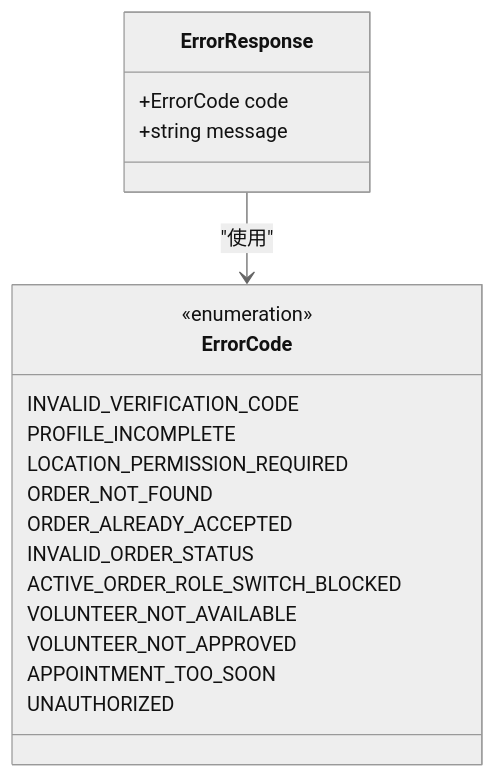
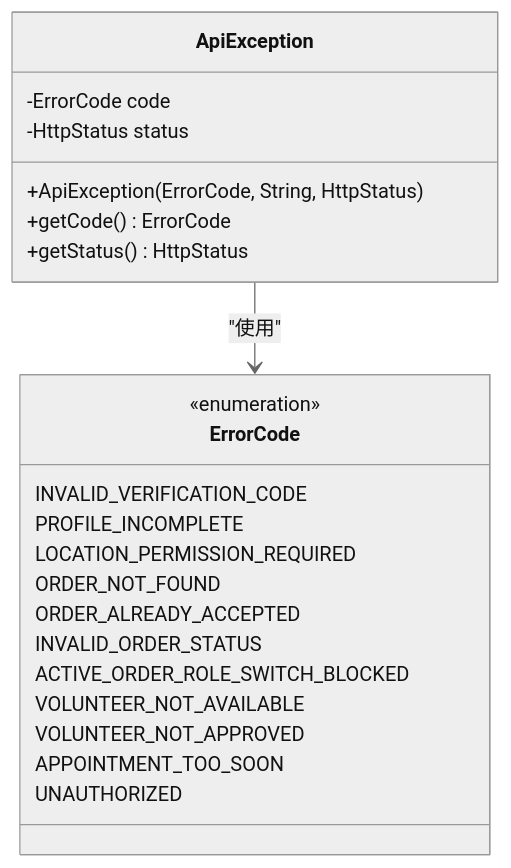
One commit to Jayden23018/blind-run-ios changed the second of 5 diagrams in .qoder/repowiki/zh/content/API 接口文档/错误处理与响应.md. Above: the diagram before and after it, drawn with Mermaid (neutral theme). The commit also changed other lines of this file and 7 other files, not shown here.

````diff
--- a/.qoder/repowiki/zh/content/API 接口文档/错误处理与响应.md
+++ b/.qoder/repowiki/zh/content/API 接口文档/错误处理与响应.md
@@ -81,22 +90,25 @@
 ```mermaid
 classDiagram
+class ApiException {
+-ErrorCode code
+-HttpStatus status
++ApiException(ErrorCode, String, HttpStatus)
++getCode() ErrorCode
++getStatus() HttpStatus
+}
 class ErrorCode {
 <<enumeration>>
 INVALID_VERIFICATION_CODE
 PROFILE_INCOMPLETE
 LOCATION_PERMISSION_REQUIRED
 ORDER_NOT_FOUND
 ORDER_ALREADY_ACCEPTED
 INVALID_ORDER_STATUS
 ACTIVE_ORDER_ROLE_SWITCH_BLOCKED
 VOLUNTEER_NOT_AVAILABLE
 VOLUNTEER_NOT_APPROVED
 APPOINTMENT_TOO_SOON
 UNAUTHORIZED
 }
-class ErrorResponse {
-+ErrorCode code
-+string message
-}
-ErrorResponse --> ErrorCode : "使用"
+ApiException --> ErrorCode : "使用"
 ```
````
